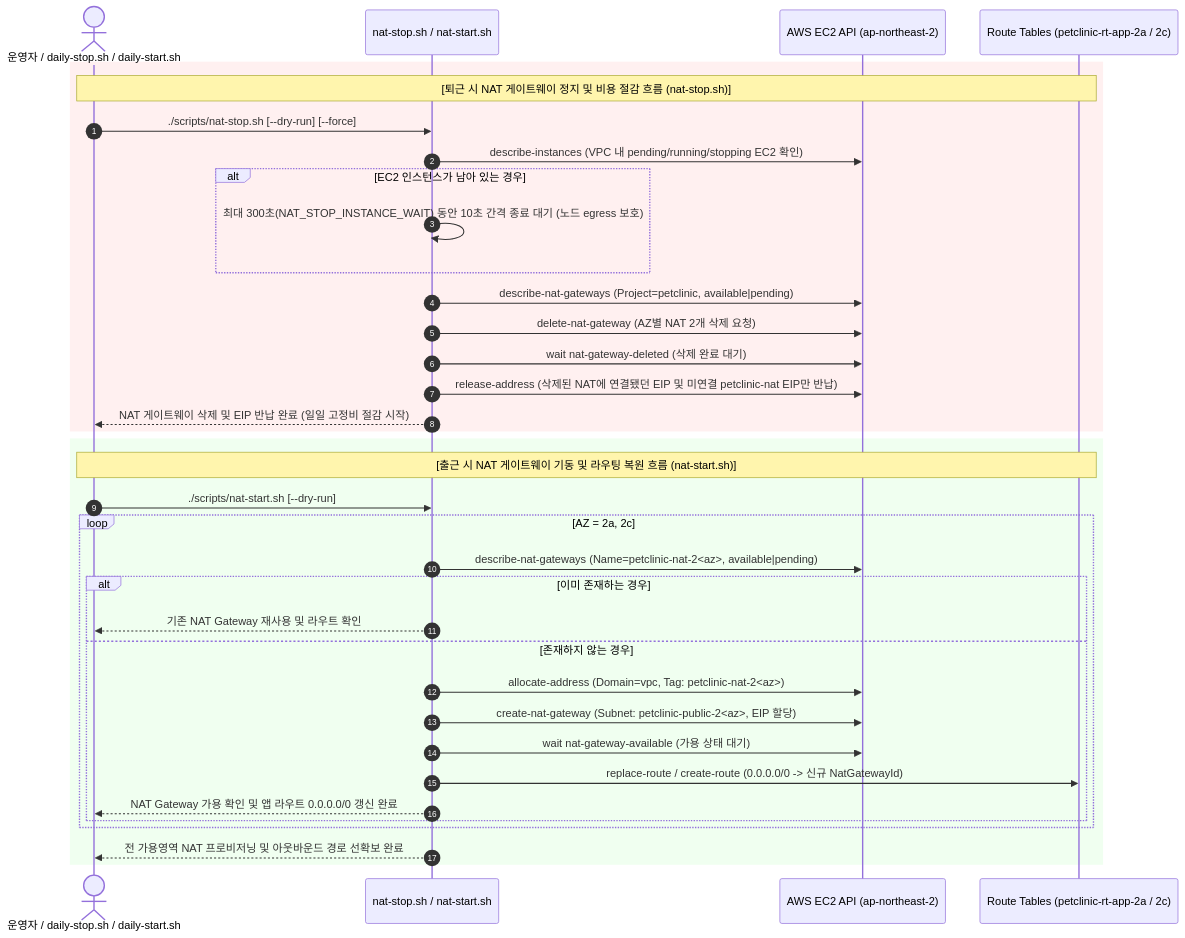
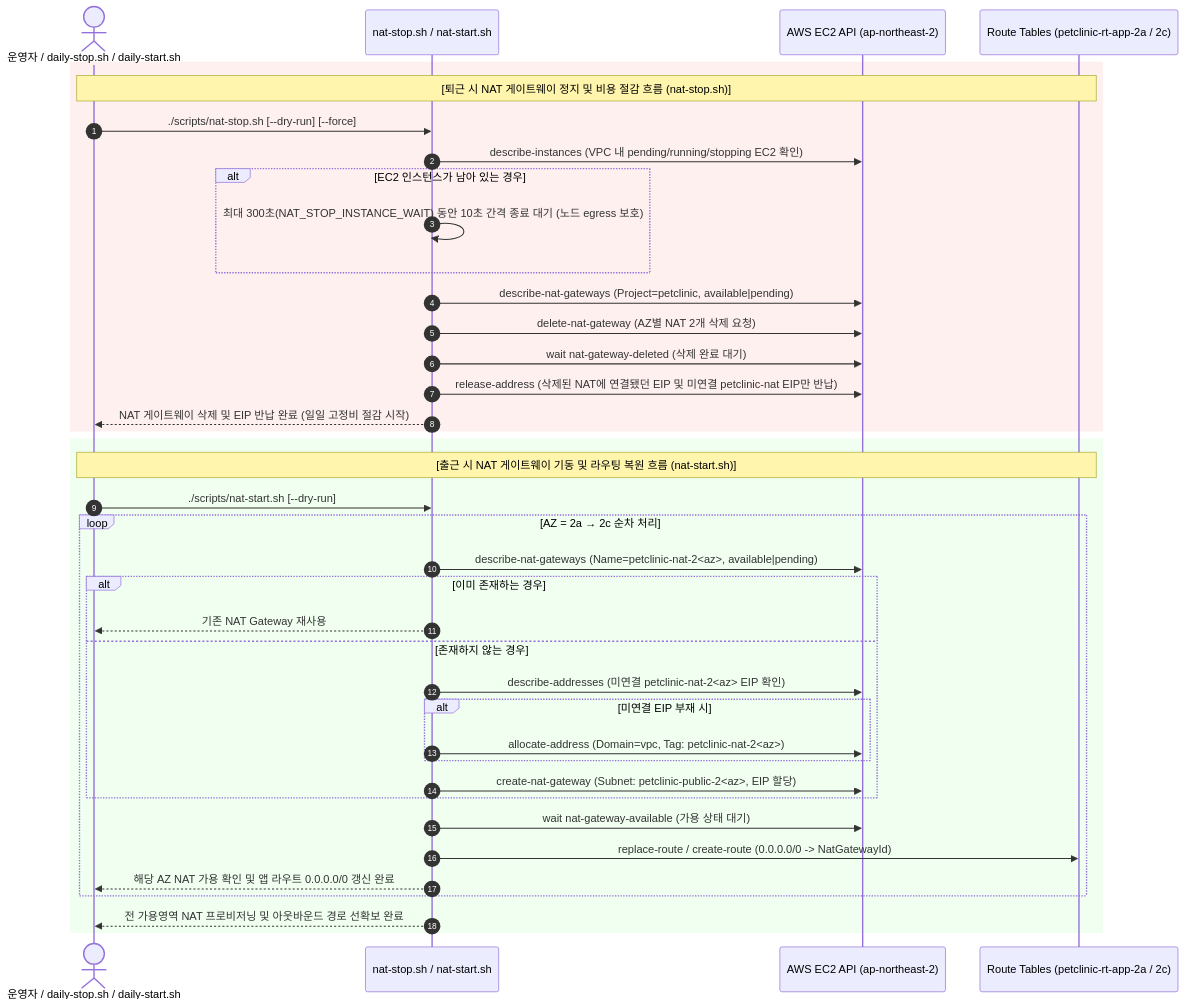
The first of 3 diagrams in docs/architecture.md (qorgh529/test-orca), drawn with Mermaid before and after one commit. The commit also changed other lines of this file and 1 other file, not shown here.

Commit message:
docs: correct overview diagram and nat-start wording for vpc-provisioning

````diff
--- a/docs/architecture.md
+++ b/docs/architecture.md
@@ -264,40 +264,43 @@
 ```mermaid
 sequenceDiagram
     autonumber
     actor Ops as 운영자 / daily-stop.sh / daily-start.sh
     participant Script as nat-stop.sh / nat-start.sh
     participant EC2 as AWS EC2 API (ap-northeast-2)
     participant RT as Route Tables (petclinic-rt-app-2a / 2c)
 
     rect rgb(255, 240, 240)
     Note over Ops,RT: [퇴근 시 NAT 게이트웨이 정지 및 비용 절감 흐름 (nat-stop.sh)]
     Ops->>Script: ./scripts/nat-stop.sh [--dry-run] [--force]
     Script->>EC2: describe-instances (VPC 내 pending/running/stopping EC2 확인)
     alt EC2 인스턴스가 남아 있는 경우
         Script->>Script: 최대 300초(NAT_STOP_INSTANCE_WAIT) 동안 10초 간격 종료 대기 (노드 egress 보호)
     end
     Script->>EC2: describe-nat-gateways (Project=petclinic, available|pending)
     Script->>EC2: delete-nat-gateway (AZ별 NAT 2개 삭제 요청)
     Script->>EC2: wait nat-gateway-deleted (삭제 완료 대기)
     Script->>EC2: release-address (삭제된 NAT에 연결됐던 EIP 및 미연결 petclinic-nat EIP만 반납)
     Script-->>Ops: NAT 게이트웨이 삭제 및 EIP 반납 완료 (일일 고정비 절감 시작)
     end
 
     rect rgb(240, 255, 240)
     Note over Ops,RT: [출근 시 NAT 게이트웨이 기동 및 라우팅 복원 흐름 (nat-start.sh)]
     Ops->>Script: ./scripts/nat-start.sh [--dry-run]
-    loop AZ = 2a, 2c
+    loop AZ = 2a → 2c 순차 처리
         Script->>EC2: describe-nat-gateways (Name=petclinic-nat-2<az>, available|pending)
         alt 이미 존재하는 경우
-            Script-->>Ops: 기존 NAT Gateway 재사용 및 라우트 확인
+            Script-->>Ops: 기존 NAT Gateway 재사용
         else 존재하지 않는 경우
-            Script->>EC2: allocate-address (Domain=vpc, Tag: petclinic-nat-2<az>)
+            Script->>EC2: describe-addresses (미연결 petclinic-nat-2<az> EIP 확인)
+            alt 미연결 EIP 부재 시
+                Script->>EC2: allocate-address (Domain=vpc, Tag: petclinic-nat-2<az>)
+            end
             Script->>EC2: create-nat-gateway (Subnet: petclinic-public-2<az>, EIP 할당)
-            Script->>EC2: wait nat-gateway-available (가용 상태 대기)
-            Script->>RT: replace-route / create-route (0.0.0.0/0 -> 신규 NatGatewayId)
-            Script-->>Ops: NAT Gateway 가용 확인 및 앱 라우트 0.0.0.0/0 갱신 완료
         end
+        Script->>EC2: wait nat-gateway-available (가용 상태 대기)
+        Script->>RT: replace-route / create-route (0.0.0.0/0 -> NatGatewayId)
+        Script-->>Ops: 해당 AZ NAT 가용 확인 및 앱 라우트 0.0.0.0/0 갱신 완료
     end
     Script-->>Ops: 전 가용영역 NAT 프로비저닝 및 아웃바운드 경로 선확보 완료
     end
 ```
````
